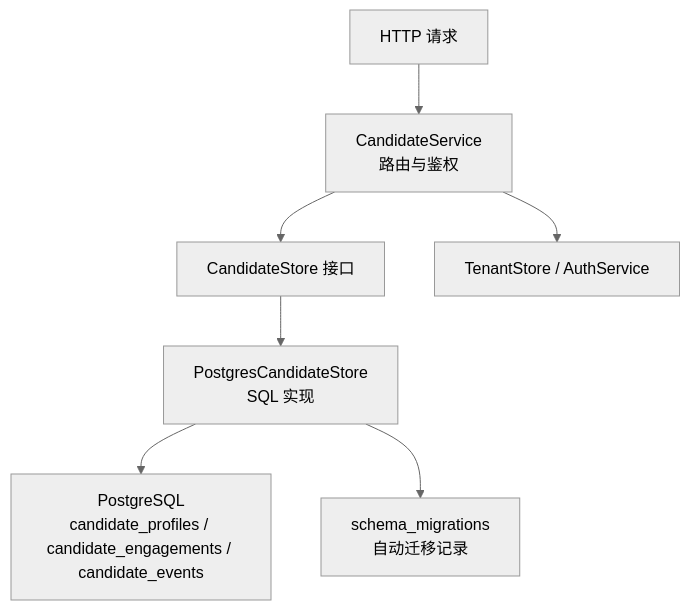
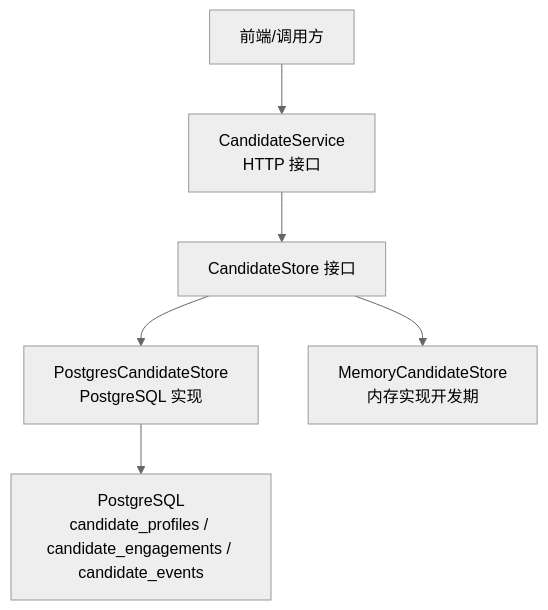
The first of 5 diagrams in .qoder/repowiki/zh/content/云端后端服务/候选人处理系统/候选人数据存储.md (alvinwangzi/goodhr), drawn with Mermaid (neutral theme) before and after one commit. The commit also changed other lines of this file and 149 other files, not shown here.

````diff
--- a/.qoder/repowiki/zh/content/云端后端服务/候选人处理系统/候选人数据存储.md
+++ b/.qoder/repowiki/zh/content/云端后端服务/候选人处理系统/候选人数据存储.md
@@ -39,9 +40,8 @@
 ```mermaid
 graph TB
-A["HTTP 请求"] --> B["CandidateService<br/>路由与鉴权"]
-B --> C["CandidateStore 接口"]
-C --> D["PostgresCandidateStore<br/>SQL 实现"]
-D --> E["PostgreSQL<br/>candidate_profiles / candidate_engagements / candidate_events"]
-B --> F["TenantStore / AuthService"]
-D --> G["schema_migrations<br/>自动迁移记录"]
+Client["前端/调用方"] --> API["CandidateService<br/>HTTP 接口"]
+API --> StoreIF["CandidateStore 接口"]
+StoreIF --> PG["PostgresCandidateStore<br/>PostgreSQL 实现"]
+StoreIF --> Mem["MemoryCandidateStore<br/>内存实现开发期"]
+PG --> DB["PostgreSQL<br/>candidate_profiles / candidate_engagements / candidate_events"]
 ```
````
